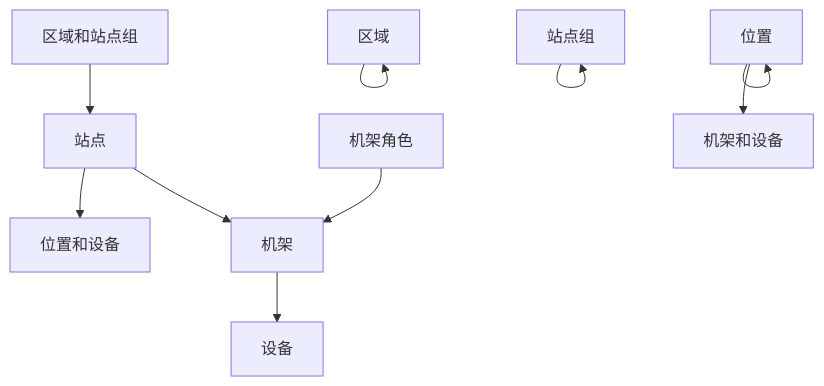
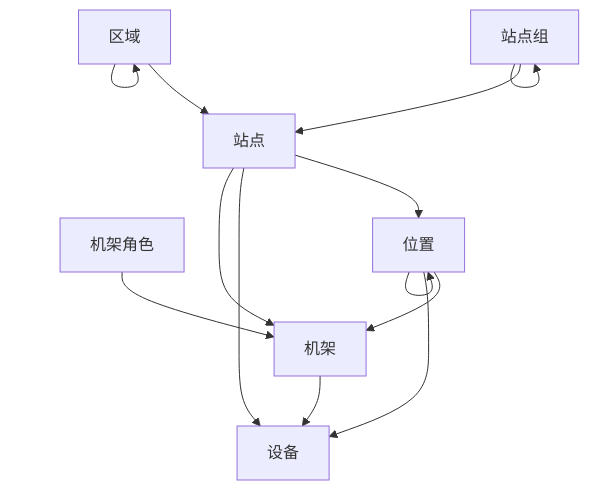
The diagram in docs/features/facilities.md (zituoguan/netbox), drawn with Mermaid before and after one commit. The commit also changed 185 other files, not shown here.

````diff
--- a/docs/features/facilities.md
+++ b/docs/features/facilities.md
@@ -5,20 +5,20 @@
 ```mermaid
 flowchart TD
     区域 --> 区域
     站点组 --> 站点组
-    区域和站点组 --> 站点
-    站点 --> 位置和设备
+    区域 & 站点组 --> 站点
+    站点 --> 位置 & 设备
     位置 --> 位置
-    位置 --> 机架和设备
+    位置 --> 机架 & 设备
     机架 --> 设备
     站点 --> 机架
     机架角色 --> 机架
 
 click 设备 "../../models/dcim/device/"
 click 位置 "../../models/dcim/location/"
 click 机架 "../../models/dcim/rack/"
 click 机架角色 "../../models/dcim/rackrole/"
 click 区域 "../../models/dcim/region/"
 click 站点 "../../models/dcim/site/"
 click 站点组 "../../models/dcim/sitegroup/"
 ```
````
